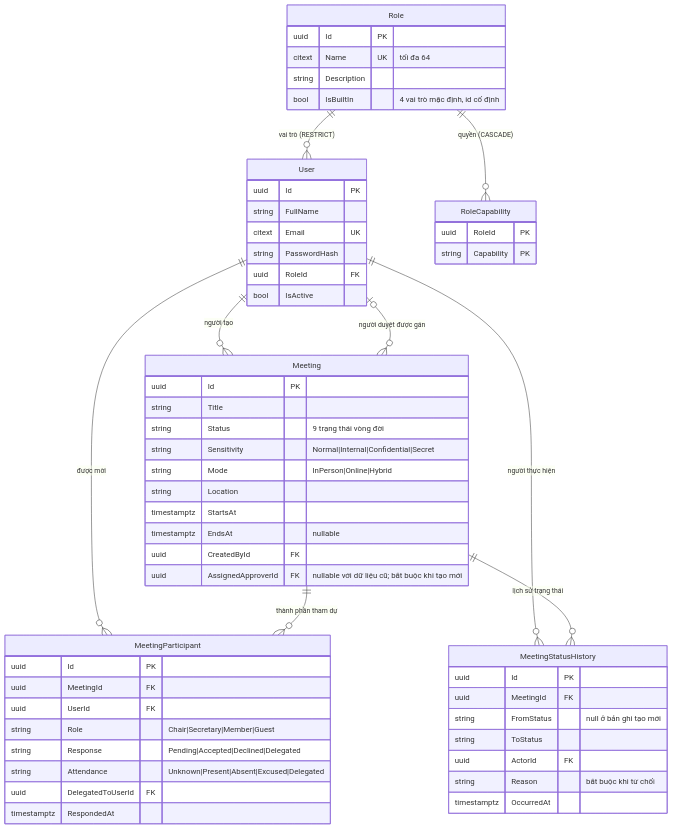
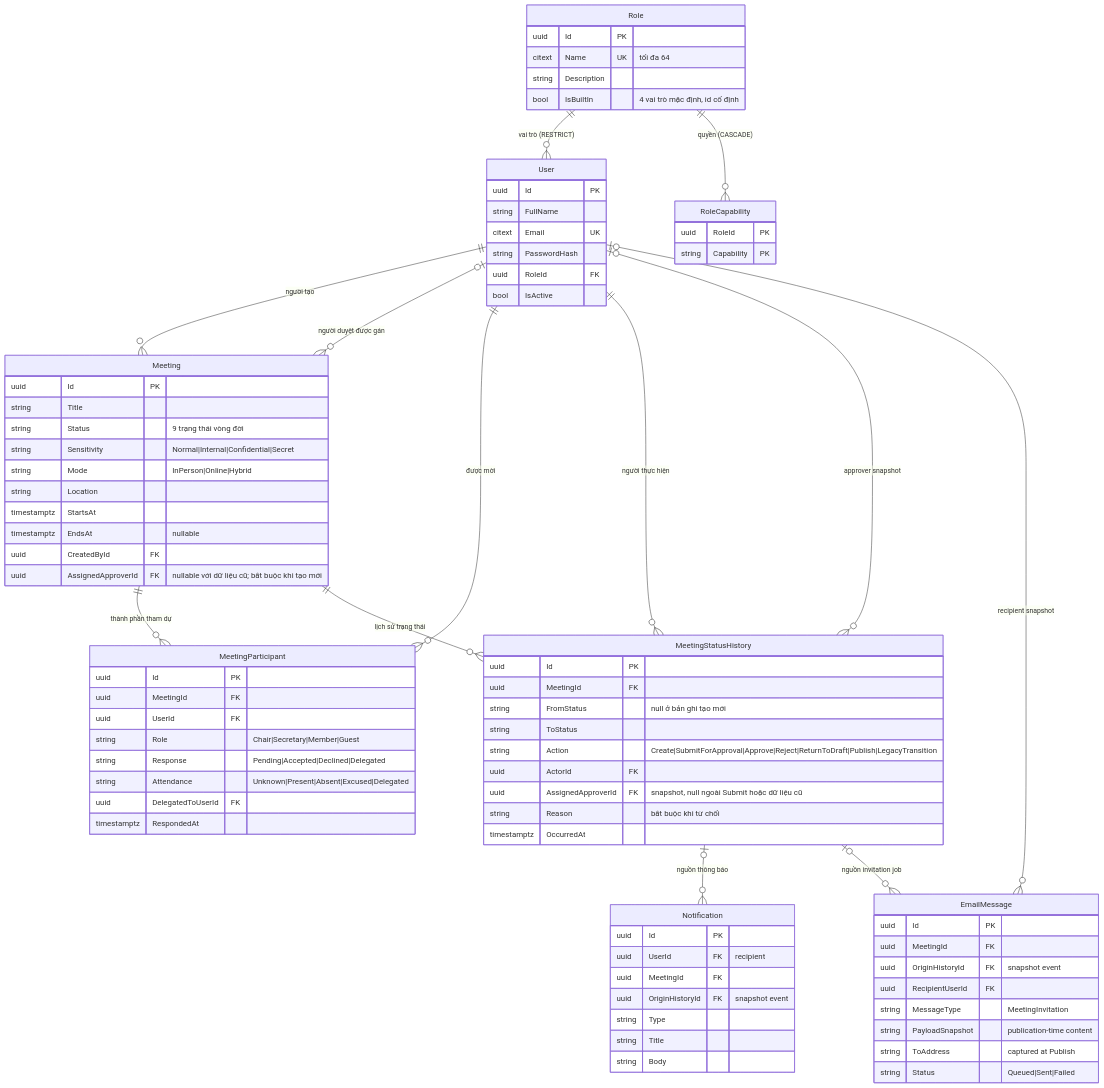
One commit to callmehai/FU-FA26-G116 changed the first of 5 diagrams in docs/02-design/02-erd.md. Above: the diagram before and after it, drawn with Mermaid. The commit also changed other lines of this file and 35 other files, not shown here.

````diff
--- a/docs/02-design/02-erd.md
+++ b/docs/02-design/02-erd.md
@@ -42,8 +42,12 @@
     User o|--o{ Meeting : "người duyệt được gán"
     User ||--o{ MeetingParticipant : "được mời"
     User ||--o{ MeetingStatusHistory : "người thực hiện"
+    User o|--o{ MeetingStatusHistory : "approver snapshot"
     Meeting ||--o{ MeetingParticipant : "thành phần tham dự"
     Meeting ||--o{ MeetingStatusHistory : "lịch sử trạng thái"
+    MeetingStatusHistory o|--o{ Notification : "nguồn thông báo"
+    MeetingStatusHistory o|--o{ EmailMessage : "nguồn invitation job"
+    User o|--o{ EmailMessage : "recipient snapshot"
 
     User {
         uuid Id PK
@@ -90,8 +94,29 @@
         uuid MeetingId FK
         string FromStatus "null ở bản ghi tạo mới"
         string ToStatus
+        string Action "Create|SubmitForApproval|Approve|Reject|ReturnToDraft|Publish|LegacyTransition"
         uuid ActorId FK
+        uuid AssignedApproverId FK "snapshot, null ngoài Submit hoặc dữ liệu cũ"
         string Reason "bắt buộc khi từ chối"
         timestamptz OccurredAt
     }
+    Notification {
+        uuid Id PK
+        uuid UserId FK "recipient"
+        uuid MeetingId FK
+        uuid OriginHistoryId FK "snapshot event"
+        string Type
+        string Title
+        string Body
+    }
+    EmailMessage {
+        uuid Id PK
+        uuid MeetingId FK
+        uuid OriginHistoryId FK "snapshot event"
+        uuid RecipientUserId FK
+        string MessageType "MeetingInvitation"
+        string PayloadSnapshot "publication-time content"
+        string ToAddress "captured at Publish"
+        string Status "Queued|Sent|Failed"
+    }
 ```
````
